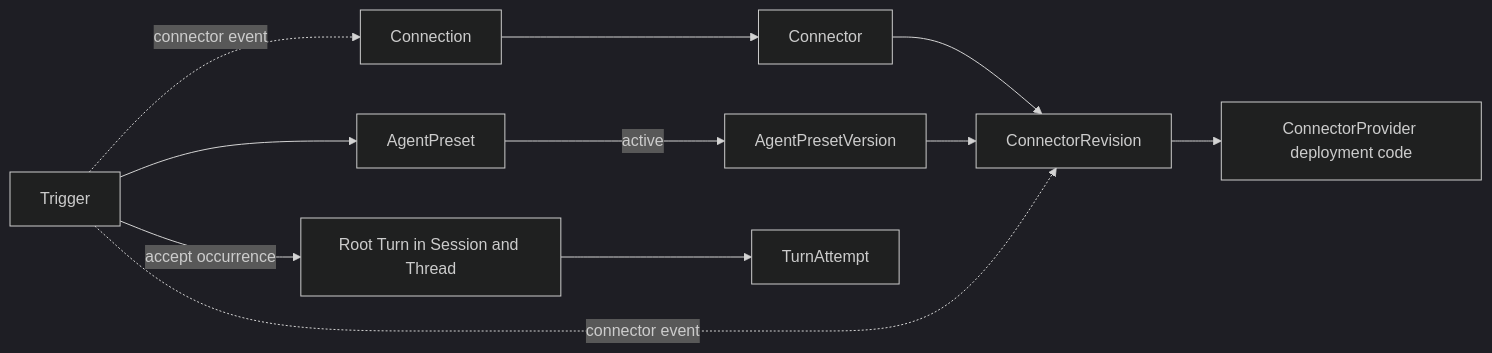
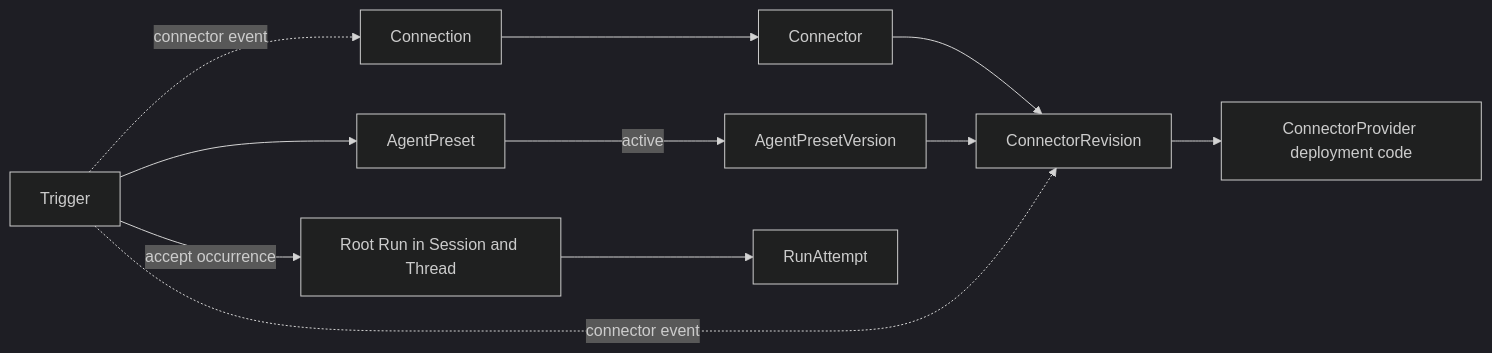
The first of 4 diagrams in spec/foundation-service/23-connectors-connections-and-triggers.md (LTThreeComma/agent-foundation), drawn with Mermaid (dark theme) before and after one commit. The commit also changed other lines of this file and 50 other files, not shown here.

````diff
--- a/spec/foundation-service/23-connectors-connections-and-triggers.md
+++ b/spec/foundation-service/23-connectors-connections-and-triggers.md
@@ -30,21 +30,21 @@
 ```mermaid
 flowchart LR
     Provider[ConnectorProvider deployment code]
     Connector[Connector]
     Revision[ConnectorRevision]
     Connection[Connection]
     AgentPreset[AgentPreset]
     AgentPresetVersion[AgentPresetVersion]
     Trigger[Trigger]
-    Turn[Root Turn in Session and Thread]
-    Attempt[TurnAttempt]
+    Run[Root Run in Session and Thread]
+    Attempt[RunAttempt]
 
     Connector --> Revision --> Provider
     Connection --> Connector
     AgentPreset -->|active| AgentPresetVersion
     AgentPresetVersion --> Revision
     Trigger --> AgentPreset
     Trigger -. connector event .-> Revision
     Trigger -. connector event .-> Connection
-    Trigger -->|accept occurrence| Turn --> Attempt
+    Trigger -->|accept occurrence| Run --> Attempt
 ```
````
